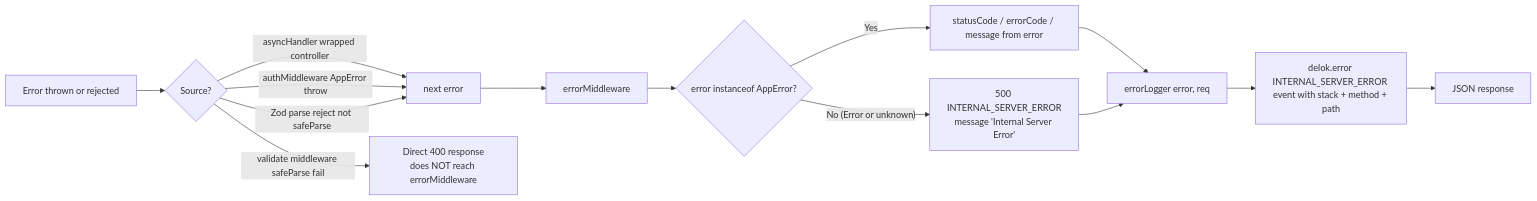
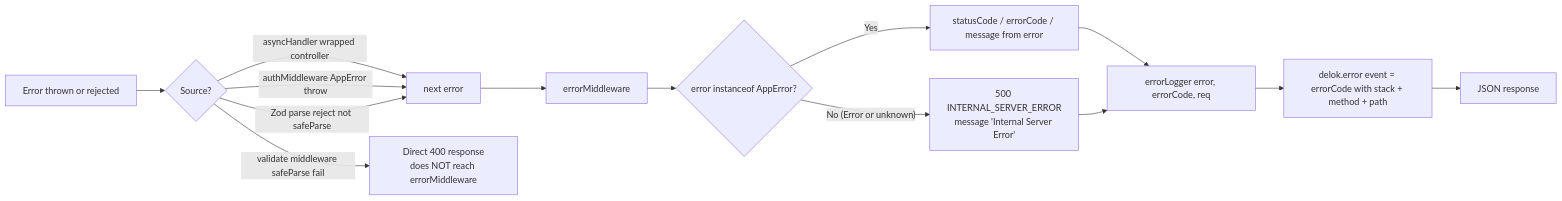
The diagram in docs/backend/error-handling.md (yuandadhama/delok-backend), drawn with Mermaid before and after one commit. The commit also changed other lines of this file and 17 other files, not shown here.

````diff
--- a/docs/backend/error-handling.md
+++ b/docs/backend/error-handling.md
@@ -71,16 +71,16 @@
 ```mermaid
 flowchart LR
     A[Error thrown or rejected] --> B{Source?}
     B -->|asyncHandler wrapped controller| C[next error]
     B -->|authMiddleware AppError throw| C
     B -->|Zod parse reject not safeParse| C
     B -->|validate middleware safeParse fail| D[Direct 400 response<br/>does NOT reach errorMiddleware]
     C --> E[errorMiddleware]
     E --> F{error instanceof AppError?}
     F -- Yes --> G[statusCode / errorCode / message from error]
     F -- No (Error or unknown) --> H[500 INTERNAL_SERVER_ERROR<br/>message 'Internal Server Error']
-    G --> I[errorLogger error, req]
+    G --> I[errorLogger error, errorCode, req]
     H --> I
-    I --> J[delok.error INTERNAL_SERVER_ERROR event with stack + method + path]
+    I --> J[delok.error event = errorCode with stack + method + path]
     J --> K[JSON response]
 ```
````
